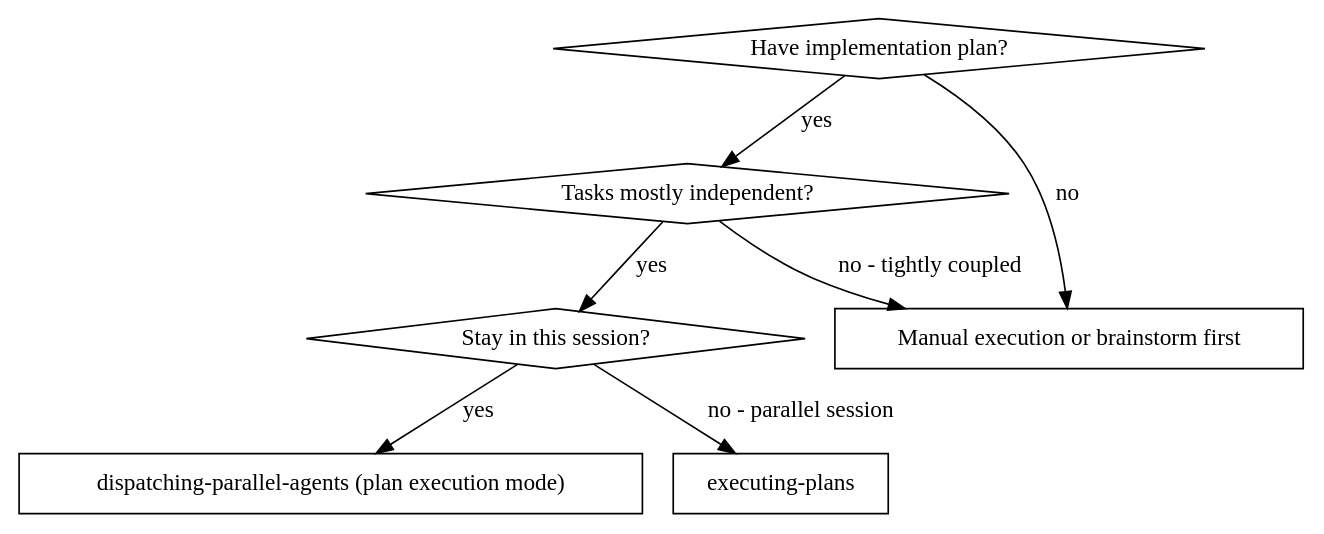
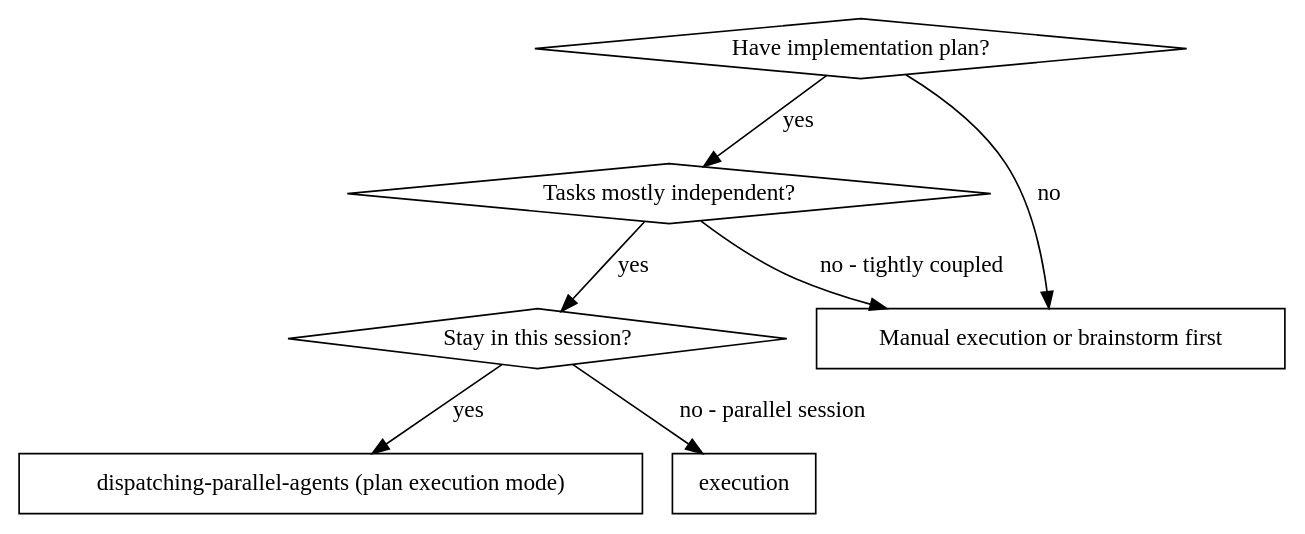
One commit to Leostruka/devin-bundle changed the second of 3 diagrams in skills/dispatching-parallel-agents/SKILL.md. Above: the diagram before and after it, drawn with Graphviz. The commit also changed other lines of this file and 262 other files, not shown here.

````diff
--- a/skills/dispatching-parallel-agents/SKILL.md
+++ b/skills/dispatching-parallel-agents/SKILL.md
@@ -269,17 +269,17 @@
 ```dot
 digraph when_to_use {
     "Have implementation plan?" [shape=diamond];
     "Tasks mostly independent?" [shape=diamond];
     "Stay in this session?" [shape=diamond];
     "dispatching-parallel-agents (plan execution mode)" [shape=box];
-    "executing-plans" [shape=box];
+    "execution" [shape=box];
     "Manual execution or brainstorm first" [shape=box];
 
     "Have implementation plan?" -> "Tasks mostly independent?" [label="yes"];
     "Have implementation plan?" -> "Manual execution or brainstorm first" [label="no"];
     "Tasks mostly independent?" -> "Stay in this session?" [label="yes"];
     "Tasks mostly independent?" -> "Manual execution or brainstorm first" [label="no - tightly coupled"];
     "Stay in this session?" -> "dispatching-parallel-agents (plan execution mode)" [label="yes"];
-    "Stay in this session?" -> "executing-plans" [label="no - parallel session"];
+    "Stay in this session?" -> "execution" [label="no - parallel session"];
 }
 ```
````
